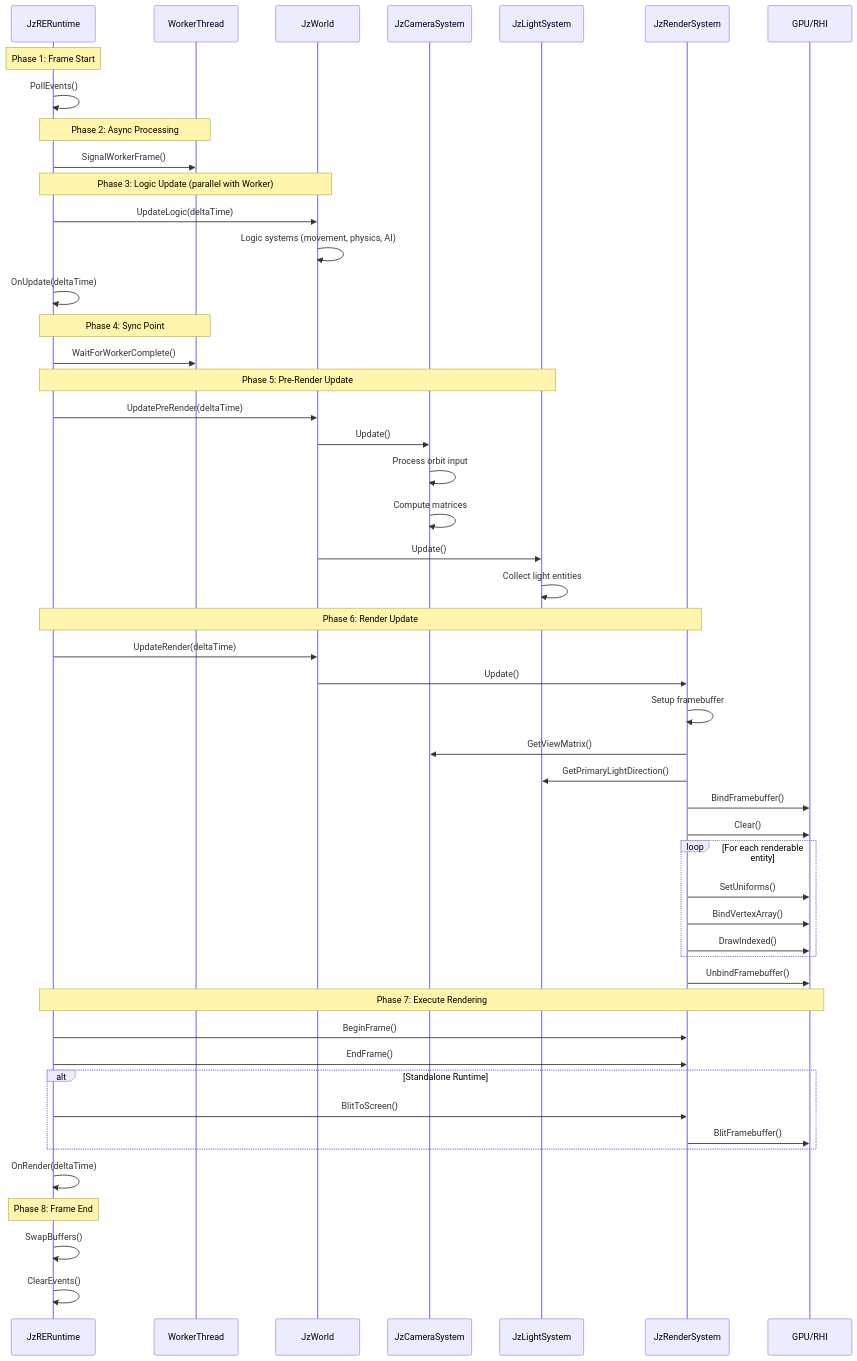
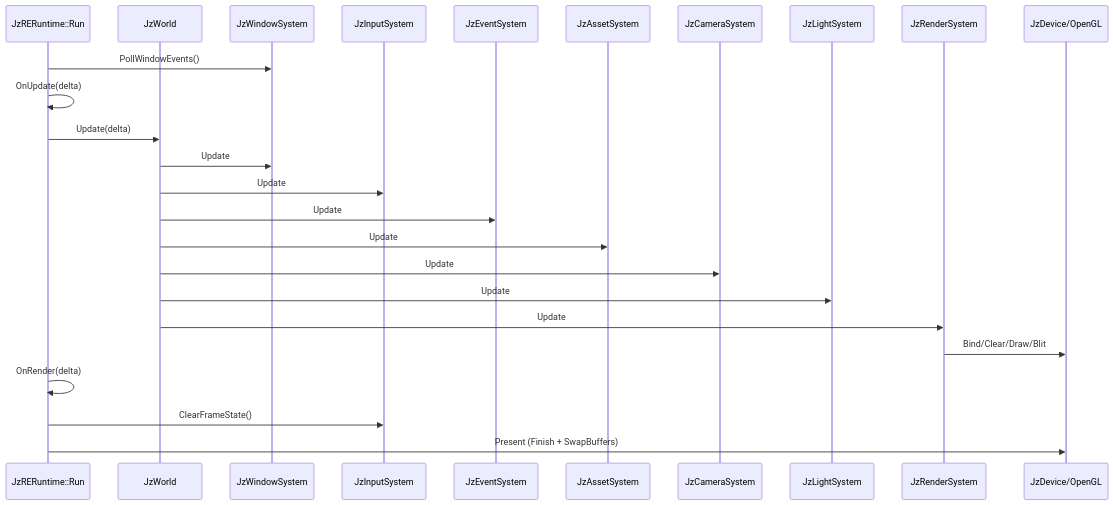
One commit to JinzhaoTian/JzRE changed the diagram in docs/architecture/rendering_pipeline.md. Above: the diagram before and after it, drawn with Mermaid. The commit also changed other lines of this file and 3 other files, not shown here.

First line of the commit message:
docs(architecture): Condense architecture documentation

````diff
--- a/docs/architecture/rendering_pipeline.md
+++ b/docs/architecture/rendering_pipeline.md
@@ -288,65 +184,28 @@
 ```mermaid
 sequenceDiagram
-    participant App as JzRERuntime
-    participant Worker as WorkerThread
+    participant Runtime as JzRERuntime::Run
     participant World as JzWorld
+    participant Window as JzWindowSystem
+    participant Input as JzInputSystem
+    participant Event as JzEventSystem
+    participant Asset as JzAssetSystem
     participant Camera as JzCameraSystem
     participant Light as JzLightSystem
     participant Render as JzRenderSystem
-    participant GPU as GPU/RHI
+    participant Device as JzDevice/OpenGL
 
-    Note over App: Phase 1: Frame Start
-    App->>App: PollEvents()
-
-    Note over App,Worker: Phase 2: Async Processing
-    App->>Worker: SignalWorkerFrame()
-
-    Note over App,World: Phase 3: Logic Update (parallel with Worker)
-    App->>World: UpdateLogic(deltaTime)
-    World->>World: Logic systems (movement, physics, AI)
-
-    App->>App: OnUpdate(deltaTime)
-
-    Note over App,Worker: Phase 4: Sync Point
-    App->>Worker: WaitForWorkerComplete()
-
-    Note over App,Light: Phase 5: Pre-Render Update
-    App->>World: UpdatePreRender(deltaTime)
-    World->>Camera: Update()
-    Camera->>Camera: Process orbit input
-    Camera->>Camera: Compute matrices
-    World->>Light: Update()
-    Light->>Light: Collect light entities
-
-    Note over App,Render: Phase 6: Render Update
-    App->>World: UpdateRender(deltaTime)
-    World->>Render: Update()
-    Render->>Render: Setup framebuffer
-    Render->>Camera: GetViewMatrix()
-    Render->>Light: GetPrimaryLightDirection()
-    Render->>GPU: BindFramebuffer()
-    Render->>GPU: Clear()
-
-    loop For each renderable entity
-        Render->>GPU: SetUniforms()
-        Render->>GPU: BindVertexArray()
-        Render->>GPU: DrawIndexed()
-    end
-
-    Render->>GPU: UnbindFramebuffer()
-
-    Note over App,GPU: Phase 7: Execute Rendering
-    App->>Render: BeginFrame()
-    App->>Render: EndFrame()
-
-    alt Standalone Runtime
-        App->>Render: BlitToScreen()
-        Render->>GPU: BlitFramebuffer()
-    end
-
-    App->>App: OnRender(deltaTime)
-
-    Note over App: Phase 8: Frame End
-    App->>App: SwapBuffers()
-    App->>App: ClearEvents()
+    Runtime->>Window: PollWindowEvents()
+    Runtime->>Runtime: OnUpdate(delta)
+    Runtime->>World: Update(delta)
+    World->>Window: Update
+    World->>Input: Update
+    World->>Event: Update
+    World->>Asset: Update
+    World->>Camera: Update
+    World->>Light: Update
+    World->>Render: Update
+    Render->>Device: Bind/Clear/Draw/Blit
+    Runtime->>Runtime: OnRender(delta)
+    Runtime->>Input: ClearFrameState()
+    Runtime->>Device: Present (Finish + SwapBuffers)
 ```
````
